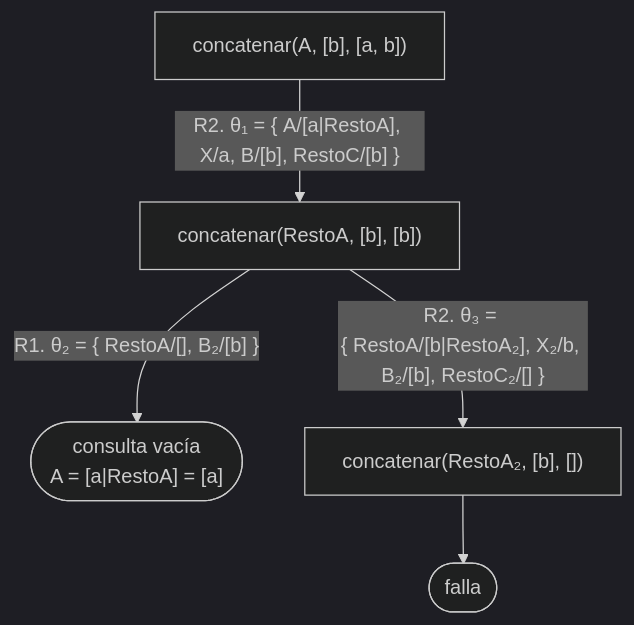
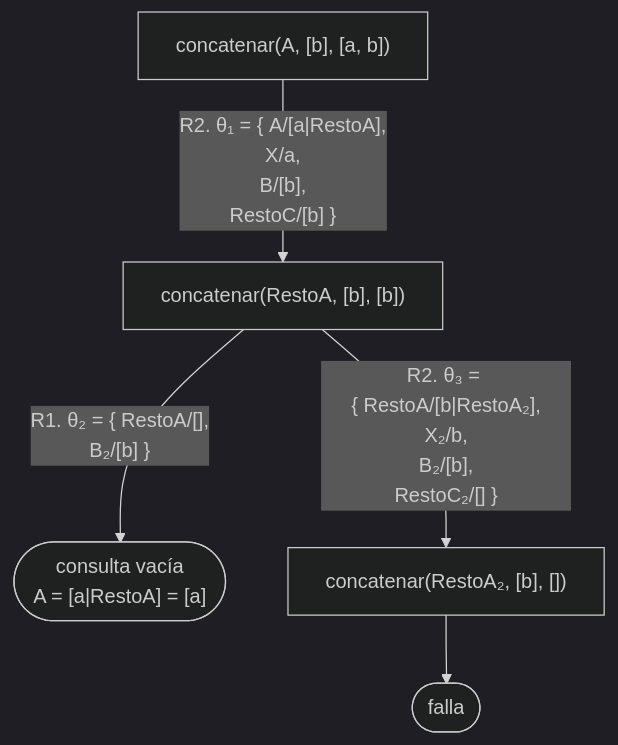
The sixth of 6 diagrams in docs/capitulo-07-listas/soluciones.md (CesarBallardini/curso-de-prolog), drawn with Mermaid (dark theme) before and after one commit. The commit also changed other lines of this file and 24 other files, not shown here.

First line of the commit message:
feat(docs): botones para ocultar las columnas laterales y etiquetas cortas en los diagramas

````diff
--- a/docs/capitulo-07-listas/soluciones.md
+++ b/docs/capitulo-07-listas/soluciones.md
@@ -477,7 +477,7 @@
 ```mermaid
 flowchart TD
-    A["concatenar(A, [b], [a, b])"] -- "R2. θ₁ = {&nbsp;A/[a|RestoA], X/a, B/[b], RestoC/[b]&nbsp;}" --> B["concatenar(RestoA, [b], [b])"]
-    B -- "R1. θ₂ = {&nbsp;RestoA/[], B₂/[b]&nbsp;}" --> S(["consulta vacía<br/>A = [a|RestoA] = [a]"])
-    B -- "R2. θ₃ = {&nbsp;RestoA/[b|RestoA₂], X₂/b, B₂/[b], RestoC₂/[]&nbsp;}" --> C["concatenar(RestoA₂, [b], [])"]
+    A["concatenar(A, [b], [a, b])"] -- "R2. θ₁ = {&nbsp;A/[a|RestoA],<br/>X/a,<br/>B/[b],<br/>RestoC/[b]&nbsp;}" --> B["concatenar(RestoA, [b], [b])"]
+    B -- "R1. θ₂ = {&nbsp;RestoA/[],<br/>B₂/[b]&nbsp;}" --> S(["consulta vacía<br/>A = [a|RestoA] = [a]"])
+    B -- "R2. θ₃ = {&nbsp;RestoA/[b|RestoA₂],<br/>X₂/b,<br/>B₂/[b],<br/>RestoC₂/[]&nbsp;}" --> C["concatenar(RestoA₂, [b], [])"]
     C --> F(["falla"])
 ```
````
